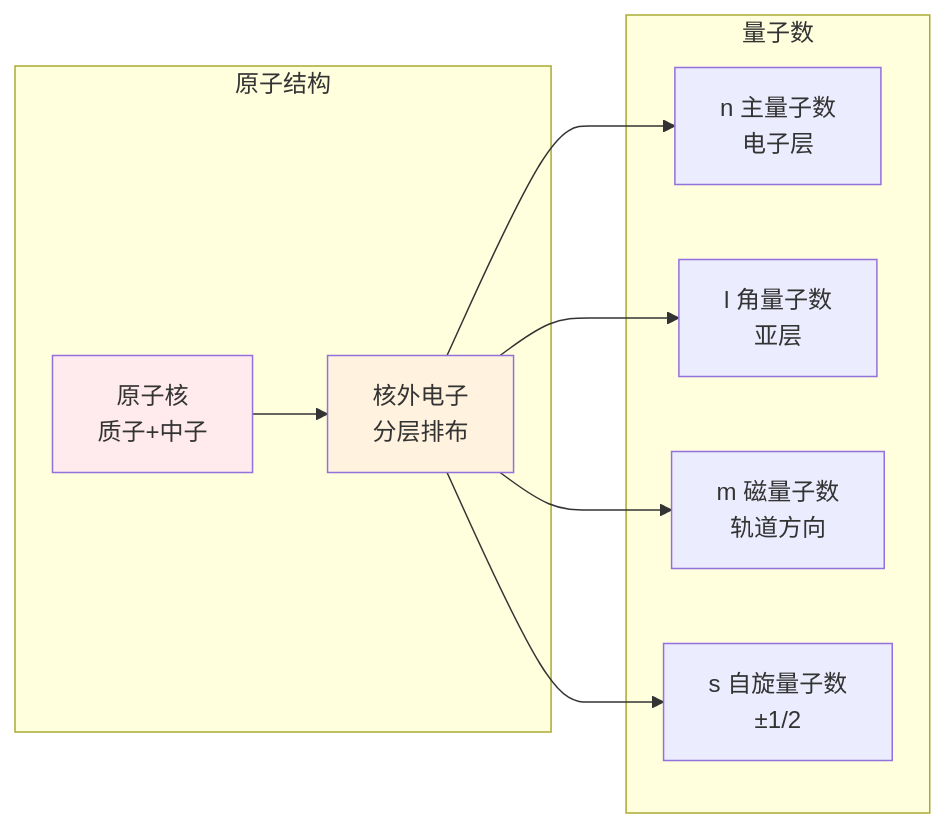
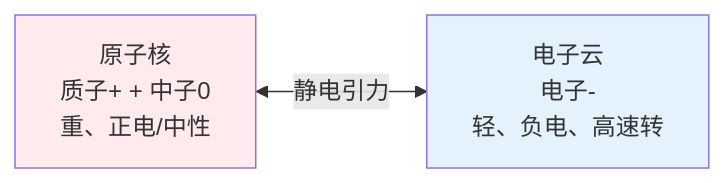
One commit to wxyClark/wxyClark.github.io changed the second of 8 diagrams in content/natural-sciences/chemistry/index.md. Above: the diagram before and after it, drawn with Mermaid. The commit also changed other lines of this file and 11 other files, not shown here.

````diff
--- a/content/natural-sciences/chemistry/index.md
+++ b/content/natural-sciences/chemistry/index.md
@@ -47,20 +45,7 @@
 ```mermaid
 flowchart LR
-    subgraph 原子结构
-        N[原子核<br/>质子+中子]
-        E[核外电子<br/>分层排布]
-    end
-    
-    subgraph 量子数
-        Q1[n 主量子数<br/>电子层]
-        Q2[l 角量子数<br/>亚层]
-        Q3[m 磁量子数<br/>轨道方向]
-        Q4[s 自旋量子数<br/>±1/2]
-    end
-    
-    N --> E
-    E --> Q1 & Q2 & Q3 & Q4
+    N[原子核<br/>质子+ + 中子0<br/>重、正电/中性] <-- 静电引力 --> E[电子云<br/>电子-<br/>轻、负电、高速转]
     
     style N fill:#ffebee
-    style E fill:#fff3e0
+    style E fill:#e3f2fd
 ```
````
